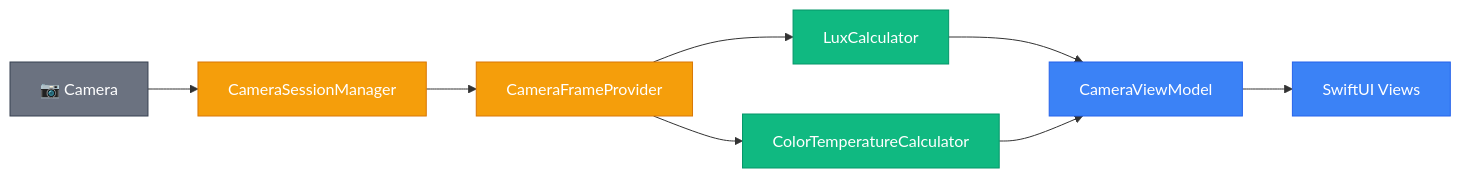
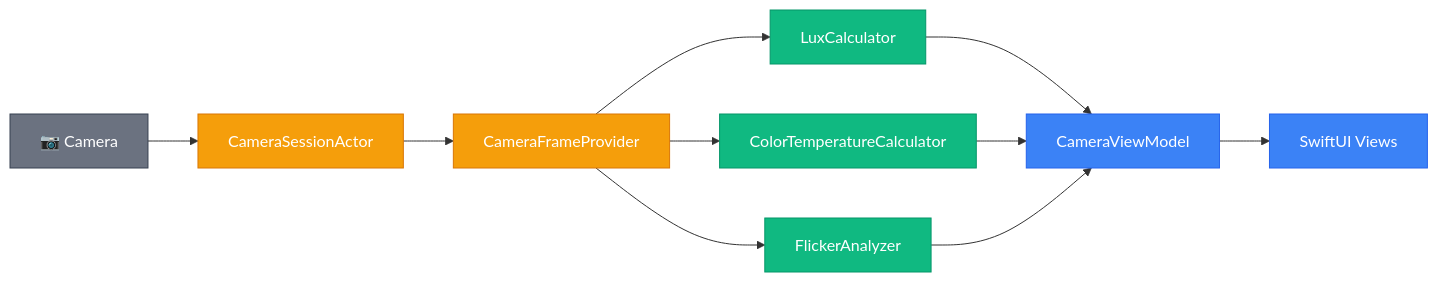
The diagram in docs/developer-guide.md (minho5889/light-meter), drawn with Mermaid before and after one commit. The commit also changed other lines of this file and 3 other files, not shown here.

````diff
--- a/docs/developer-guide.md
+++ b/docs/developer-guide.md
@@ -84,23 +87,26 @@
 ```mermaid
 graph LR
     CAM["📷 Camera"]
-    CSM["CameraSessionManager"]
+    CSA["CameraSessionActor"]
     CFP["CameraFrameProvider"]
     LC["LuxCalculator"]
     CTC["ColorTemperatureCalculator"]
+    FA["FlickerAnalyzer"]
     CVM["CameraViewModel"]
     VIEWS["SwiftUI Views"]
 
-    CAM --> CSM --> CFP
+    CAM --> CSA --> CFP
     CFP --> LC --> CVM
     CFP --> CTC --> CVM
+    CFP --> FA --> CVM
     CVM --> VIEWS
 
     style CAM fill:#6b7280,stroke:#374151,color:#fff
-    style CSM fill:#f59e0b,stroke:#d97706,color:#fff
+    style CSA fill:#f59e0b,stroke:#d97706,color:#fff
     style CFP fill:#f59e0b,stroke:#d97706,color:#fff
     style LC fill:#10b981,stroke:#059669,color:#fff
     style CTC fill:#10b981,stroke:#059669,color:#fff
+    style FA fill:#10b981,stroke:#059669,color:#fff
     style CVM fill:#3b82f6,stroke:#2563eb,color:#fff
     style VIEWS fill:#3b82f6,stroke:#2563eb,color:#fff
 ```
````
